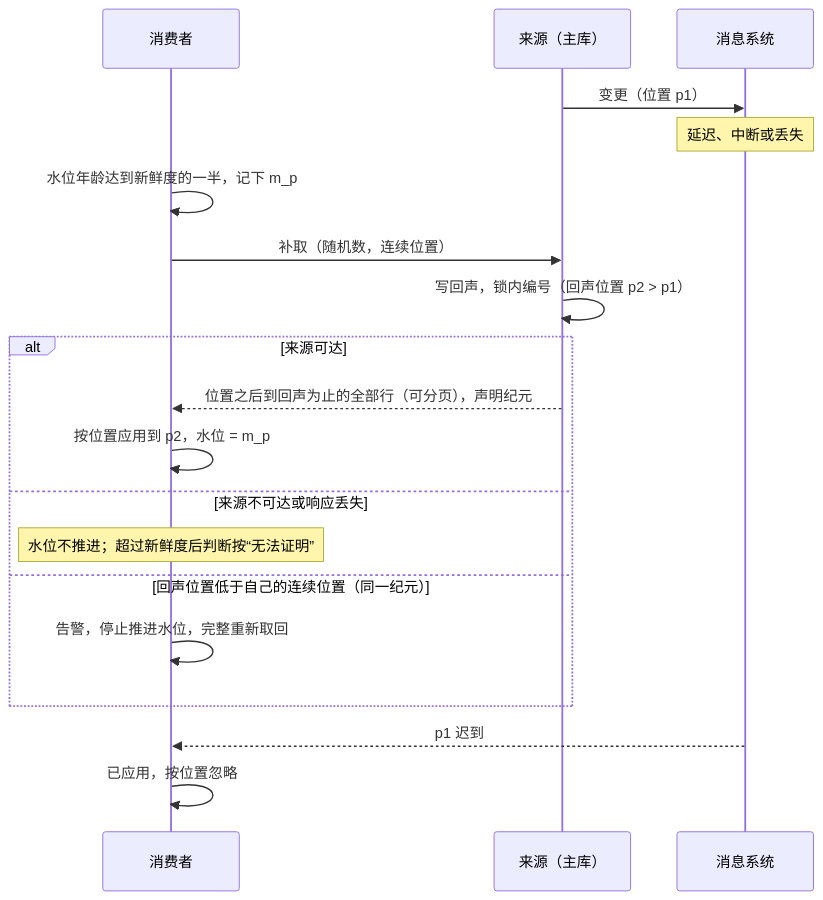
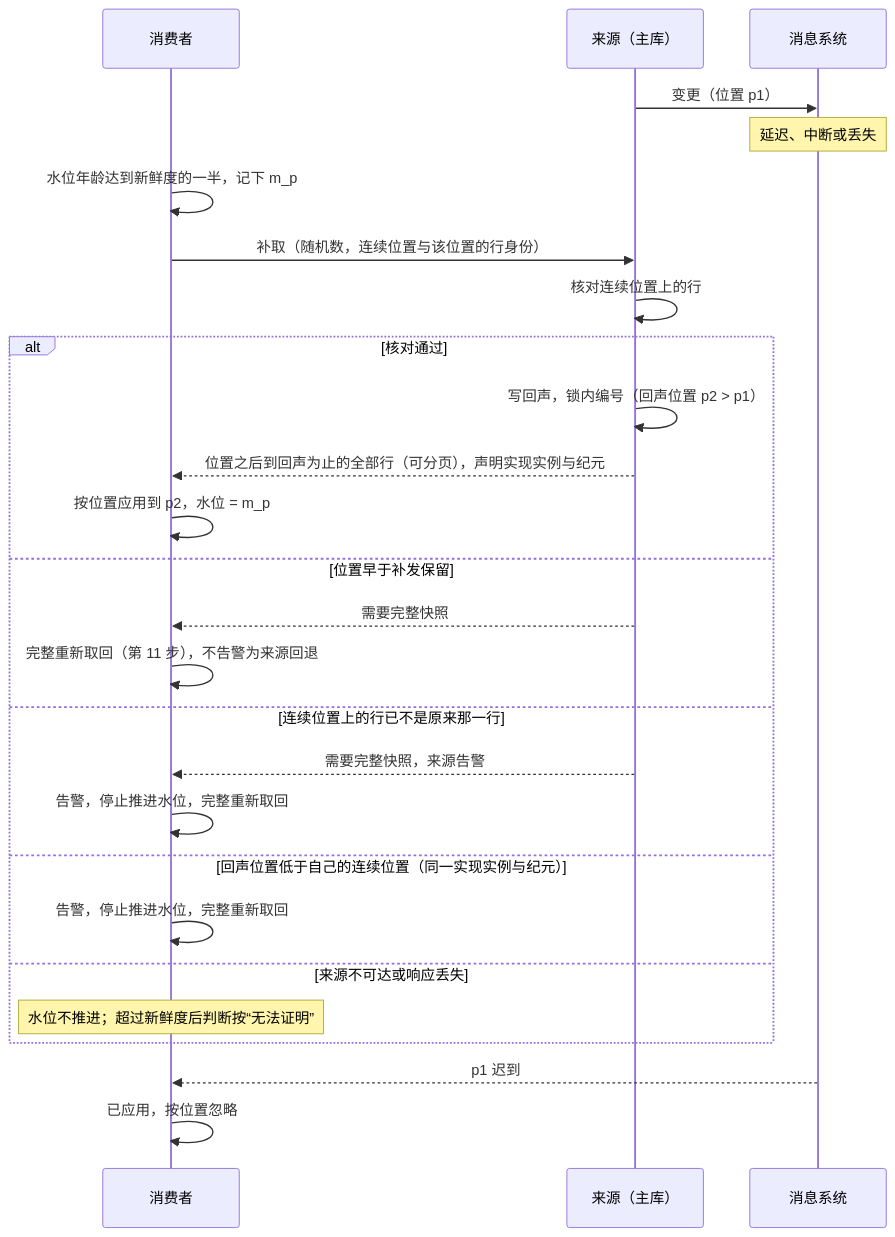
The first of 2 diagrams in tempDocs/final/06-protocols/02-projections.md (brickKit/be-assembly-standard), drawn with Mermaid before and after one commit. The commit also changed other lines of this file and 1 other file, not shown here.

````diff
--- a/tempDocs/final/06-protocols/02-projections.md
+++ b/tempDocs/final/06-protocols/02-projections.md
@@ -102,21 +125,28 @@
 ```mermaid
 sequenceDiagram
     participant C as 消费者
     participant S as 来源（主库）
     participant Q as 消息系统
     S->>Q: 变更（位置 p1）
     Note over Q: 延迟、中断或丢失
     C->>C: 水位年龄达到新鲜度的一半，记下 m_p
-    C->>S: 补取（随机数，连续位置）
-    S->>S: 写回声，锁内编号（回声位置 p2 > p1）
-    alt 来源可达
-        S-->>C: 位置之后到回声为止的全部行（可分页），声明纪元
+    C->>S: 补取（随机数，连续位置与该位置的行身份）
+    S->>S: 核对连续位置上的行
+    alt 核对通过
+        S->>S: 写回声，锁内编号（回声位置 p2 > p1）
+        S-->>C: 位置之后到回声为止的全部行（可分页），声明实现实例与纪元
         C->>C: 按位置应用到 p2，水位 = m_p
+    else 位置早于补发保留
+        S-->>C: 需要完整快照
+        C->>C: 完整重新取回（第 11 步），不告警为来源回退
+    else 连续位置上的行已不是原来那一行
+        S-->>C: 需要完整快照，来源告警
+        C->>C: 告警，停止推进水位，完整重新取回
+    else 回声位置低于自己的连续位置（同一实现实例与纪元）
+        C->>C: 告警，停止推进水位，完整重新取回
     else 来源不可达或响应丢失
         Note over C: 水位不推进；超过新鲜度后判断按“无法证明”
-    else 回声位置低于自己的连续位置（同一纪元）
-        C->>C: 告警，停止推进水位，完整重新取回
     end
     Q-->>C: p1 迟到
     C->>C: 已应用，按位置忽略
 ```
````
